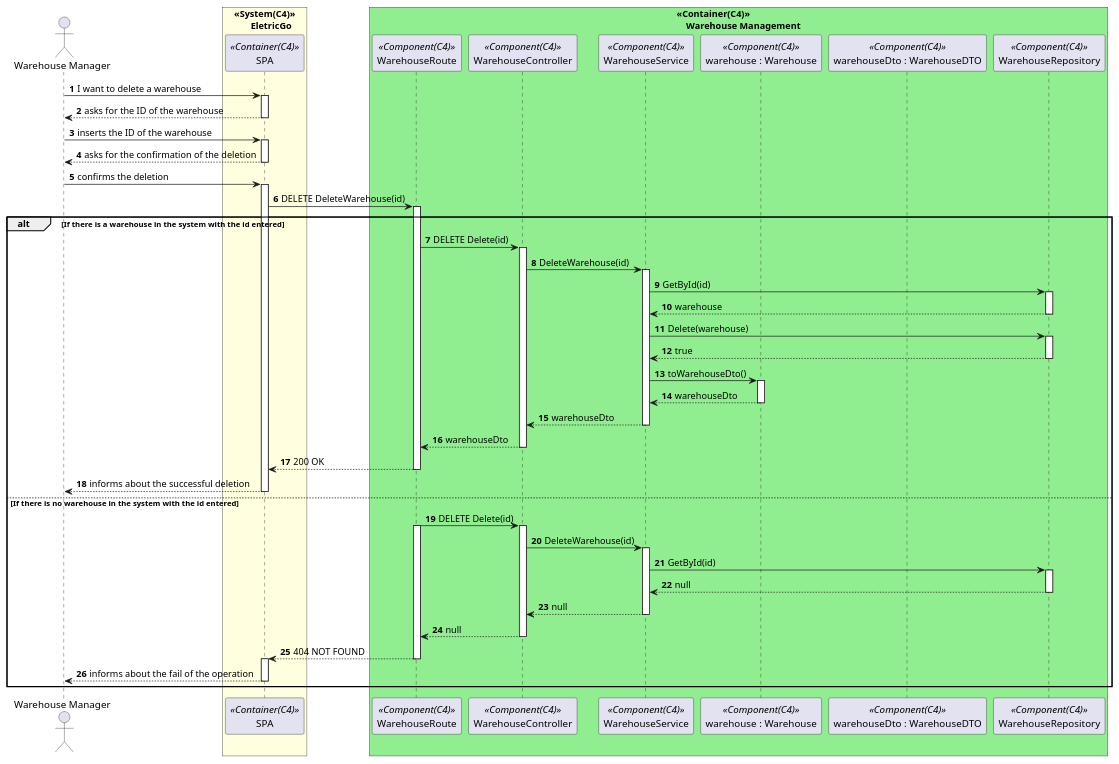
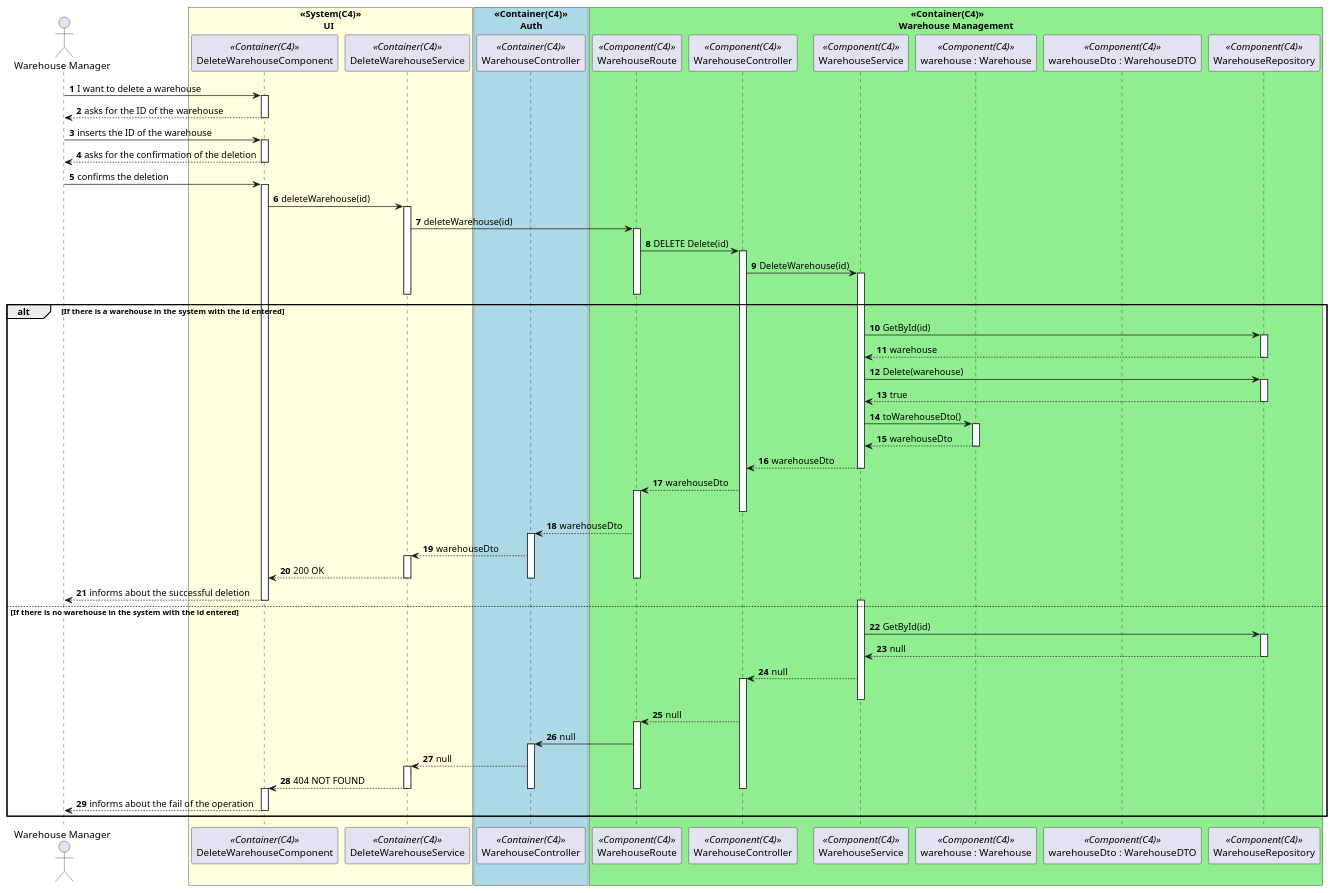
The diagram in Documents/1200720/.puml/DeleteWarehouseSD_N3.puml (0franciscor/dei_3dj_057), drawn with PlantUML before and after one commit. The commit also changed 10 other files, not shown here.

```diff
--- a/Documents/1200720/.puml/DeleteWarehouseSD_N3.puml
+++ b/Documents/1200720/.puml/DeleteWarehouseSD_N3.puml
@@ -1,92 +1,115 @@
 @startuml
 autonumber
 
 actor "Warehouse Manager" as admin
-box "<<System(C4)>>\n       EletricGo" #LightYellow
-participant SPA as ui <<Container(C4)>>
-box "<<Container(C4)>>\n    Warehouse Management" #LightGreen
+
+
+box "<<System(C4)>>\n          UI" #LightYellow
+participant DeleteWarehouseComponent as uiComponent <<Container(C4)>>
+participant DeleteWarehouseService as uiService <<Container(C4)>>
+box "<<Container(C4)>>\n           Auth" #LightBlue
+participant WarehouseController as authController <<Container(C4)>>
+box "     <<Container(C4)>>\nWarehouse Management" #LightGreen
 participant WarehouseRoute as  WM <<Component(C4)>>
 participant WarehouseController as  CTL <<Component(C4)>>
 participant WarehouseService as  SV <<Component(C4)>>
 participant "warehouse : Warehouse" as  W <<Component(C4)>>
 participant "warehouseDto : WarehouseDTO" as  DTO <<Component(C4)>>
 participant WarehouseRepository as  WR <<Component(C4)>>
 end box
 end box 
-admin -> ui: I want to delete a warehouse
-activate ui
+admin -> uiComponent: I want to delete a warehouse
+activate uiComponent
 
-ui --> admin: asks for the ID of the warehouse
-deactivate ui
+uiComponent --> admin: asks for the ID of the warehouse
+deactivate uiComponent
 
-admin -> ui: inserts the ID of the warehouse
-activate ui
+admin -> uiComponent: inserts the ID of the warehouse
+activate uiComponent
 
-ui --> admin: asks for the confirmation of the deletion
-deactivate ui
+uiComponent --> admin: asks for the confirmation of the deletion
+deactivate uiComponent
 
 
-admin -> ui: confirms the deletion
-activate ui
+admin -> uiComponent: confirms the deletion
+activate uiComponent
 
-ui -> WM : DELETE DeleteWarehouse(id)
-activate WM
-alt If there is a warehouse in the system with the id entered
-
+uiComponent -> uiService : deleteWarehouse(id)
+activate uiService
+uiService -> WM : deleteWarehouse(id)
+activate WM 
 WM -> CTL : DELETE Delete(id)
 activate CTL
 CTL -> SV : DeleteWarehouse(id)
 activate SV 
+deactivate WM
+deactivate uiService
+
+alt If there is a warehouse in the system with the id entered
+
+
 SV -> WR : GetById(id)
 activate WR 
 WR --> SV : warehouse
 deactivate WR
 SV -> WR : Delete(warehouse)
 activate WR
 
 WR --> SV : true 
 deactivate WR
 
 SV -> W : toWarehouseDto()
 activate W
 W--> SV : warehouseDto
 deactivate W
 SV --> CTL : warehouseDto
 deactivate SV
 CTL --> WM : warehouseDto
+activate WM
 deactivate CTL
-WM --> ui : 200 OK 
+WM --> authController : warehouseDto
+activate authController
+authController --> uiService : warehouseDto
+activate uiService
+uiService --> uiComponent : 200 OK
+deactivate uiService
+deactivate authController 
 deactivate WM
-ui --> admin: informs about the successful deletion
-deactivate ui
+uiComponent --> admin: informs about the successful deletion
+deactivate uiComponent
 
 else If there is no warehouse in the system with the id entered
 
-WM -> CTL : DELETE Delete(id)
-activate WM
-activate CTL
-CTL -> SV : DeleteWarehouse(id)
 activate SV 
 SV -> WR : GetById(id)
 activate WR 
 WR --> SV : null
 deactivate WR
 
 SV --> CTL : null
+activate CTL
 deactivate SV
 CTL --> WM : null
+activate WM
+WM -> authController : null
+activate authController
+
+authController --> uiService : null 
+activate uiService
+uiService --> uiComponent : 404 NOT FOUND
+deactivate uiService
+deactivate authController
+deactivate WM
 deactivate CTL
 
-WM --> ui : 404 NOT FOUND 
-deactivate WM
-activate ui
+activate uiComponent
 
-ui --> admin : informs about the fail of the operation
+uiComponent --> admin : informs about the fail of the operation
 
-deactivate ui
+deactivate uiComponent
 
 
 end 
 
 deactivate admin
 @enduml
```
